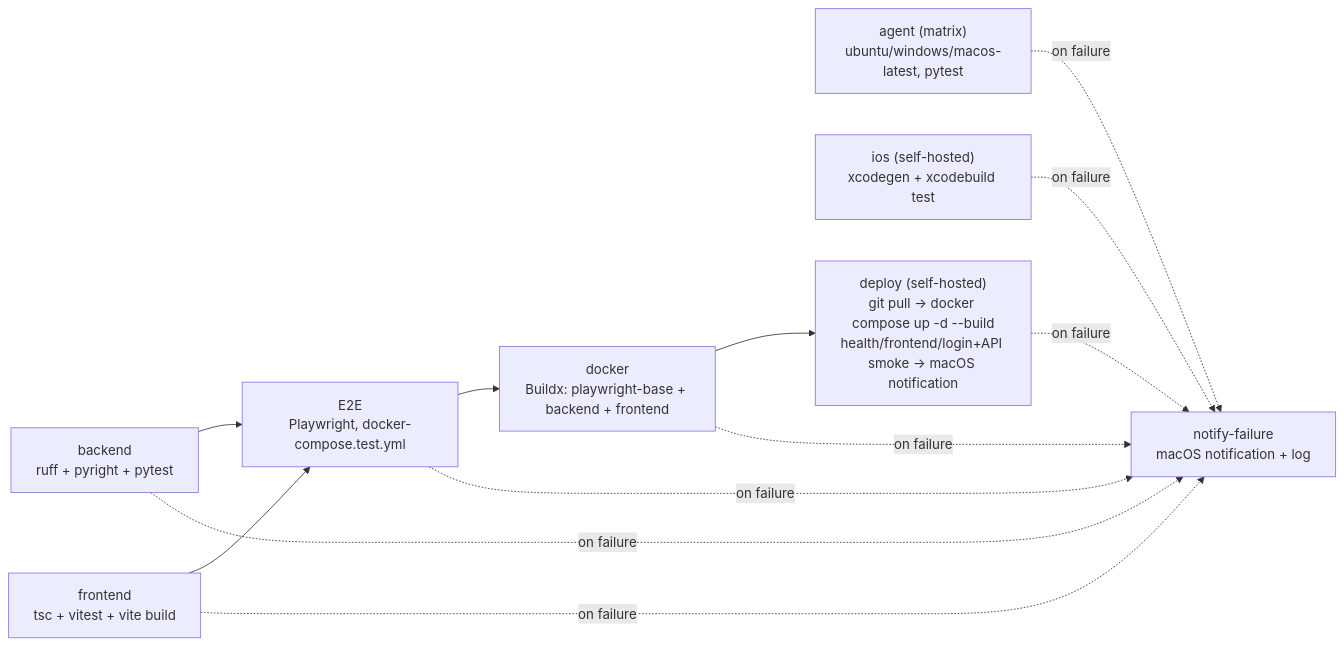
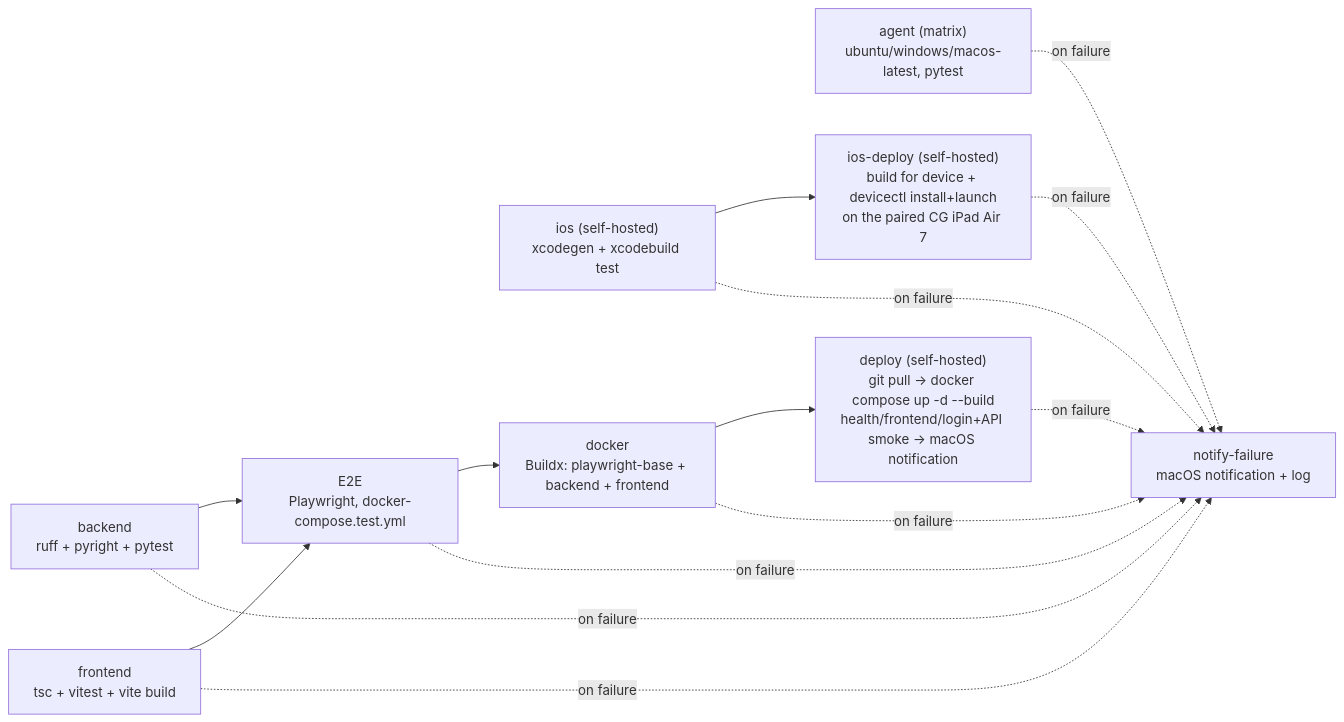
One commit to EGulinsky/rapport changed the ninth of 9 diagrams in docs/ARCHITECTURE.md. Above: the diagram before and after it, drawn with Mermaid. The commit also changed other lines of this file and 19 other files, not shown here.

````diff
--- a/docs/ARCHITECTURE.md
+++ b/docs/ARCHITECTURE.md
@@ -872,16 +872,18 @@
 ```mermaid
 flowchart LR
     A[backend<br/>ruff + pyright + pytest] --> E[E2E<br/>Playwright, docker-compose.test.yml]
     B[frontend<br/>tsc + vitest + vite build] --> E
     G["agent (matrix)<br/>ubuntu/windows/macos-latest, pytest"]
     I["ios (self-hosted)<br/>xcodegen + xcodebuild test"]
+    I --> J["ios-deploy (self-hosted)<br/>build for device + devicectl install+launch<br/>on the paired CG iPad Air 7"]
     E --> C[docker<br/>Buildx: playwright-base + backend + frontend]
     C --> D["deploy (self-hosted)<br/>git pull → docker compose up -d --build<br/>health/frontend/login+API smoke → macOS notification"]
     D -.->|on failure| F[notify-failure<br/>macOS notification + log]
     A -.->|on failure| F
     B -.->|on failure| F
     G -.->|on failure| F
     I -.->|on failure| F
+    J -.->|on failure| F
     E -.->|on failure| F
     C -.->|on failure| F
 ```
````
